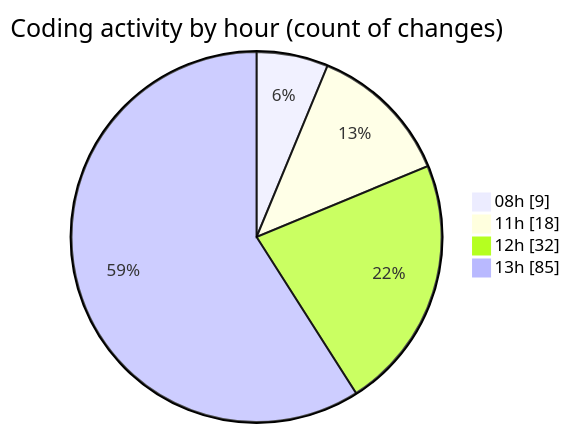
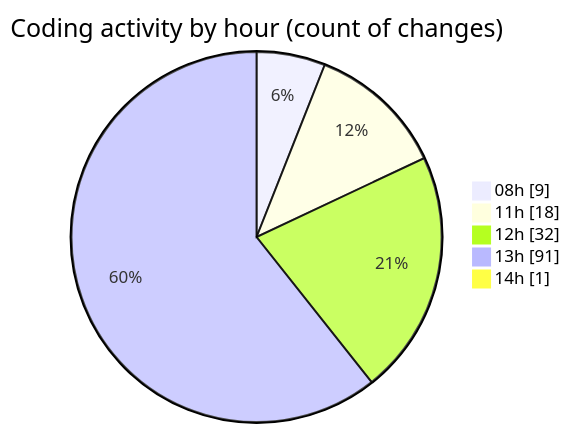
One commit to momahboobian/code-tracking changed the second of 2 diagrams in 2026-04-17/cda/README.md. Above: the diagram before and after it, drawn with Mermaid. The commit also changed other lines of this file and 1 other file, not shown here.

````diff
--- a/2026-04-17/cda/README.md
+++ b/2026-04-17/cda/README.md
@@ -61,8 +61,9 @@
 ```mermaid
 pie showData
 title Coding activity by hour (count of changes)
 "08h" : 9
 "11h" : 18
 "12h" : 32
-"13h" : 85
+"13h" : 91
+"14h" : 1
 ```
````
